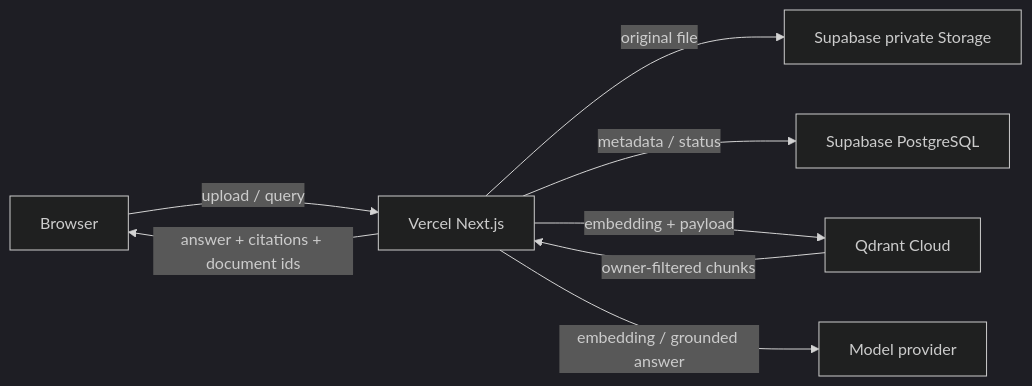
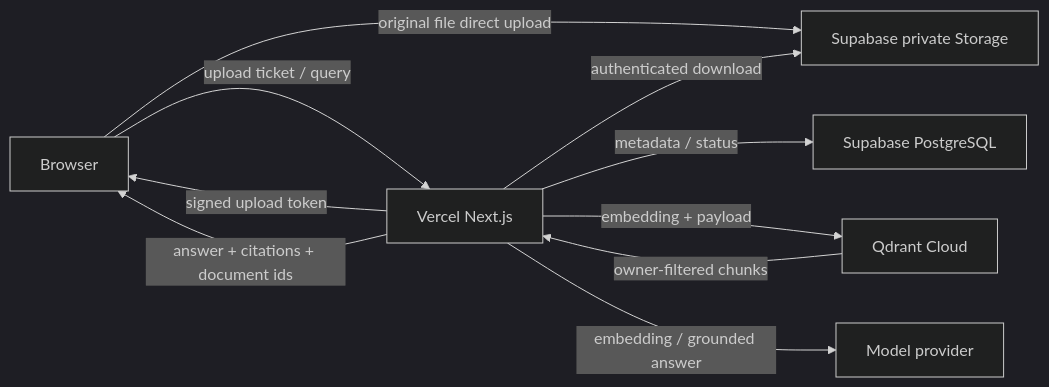
Before and after one commit to NohYusung/sageum: the diagram in docs/rag-architecture.md, drawn with Mermaid (dark theme). The commit also changed other lines of this file and 17 other files, not shown here.

````diff
--- a/docs/rag-architecture.md
+++ b/docs/rag-architecture.md
@@ -13,10 +13,12 @@
 ```mermaid
 flowchart LR
-  U["Browser"] -->|"upload / query"| V["Vercel Next.js"]
-  V -->|"original file"| S["Supabase private Storage"]
+  U["Browser"] -->|"upload ticket / query"| V["Vercel Next.js"]
+  V -->|"signed upload token"| U
+  U -->|"original file direct upload"| S["Supabase private Storage"]
+  V -->|"authenticated download"| S
   V -->|"metadata / status"| P["Supabase PostgreSQL"]
   V -->|"embedding + payload"| Q["Qdrant Cloud"]
   V -->|"embedding / grounded answer"| E["Model provider"]
   Q -->|"owner-filtered chunks"| V
   V -->|"answer + citations + document ids"| U
 ```
````
